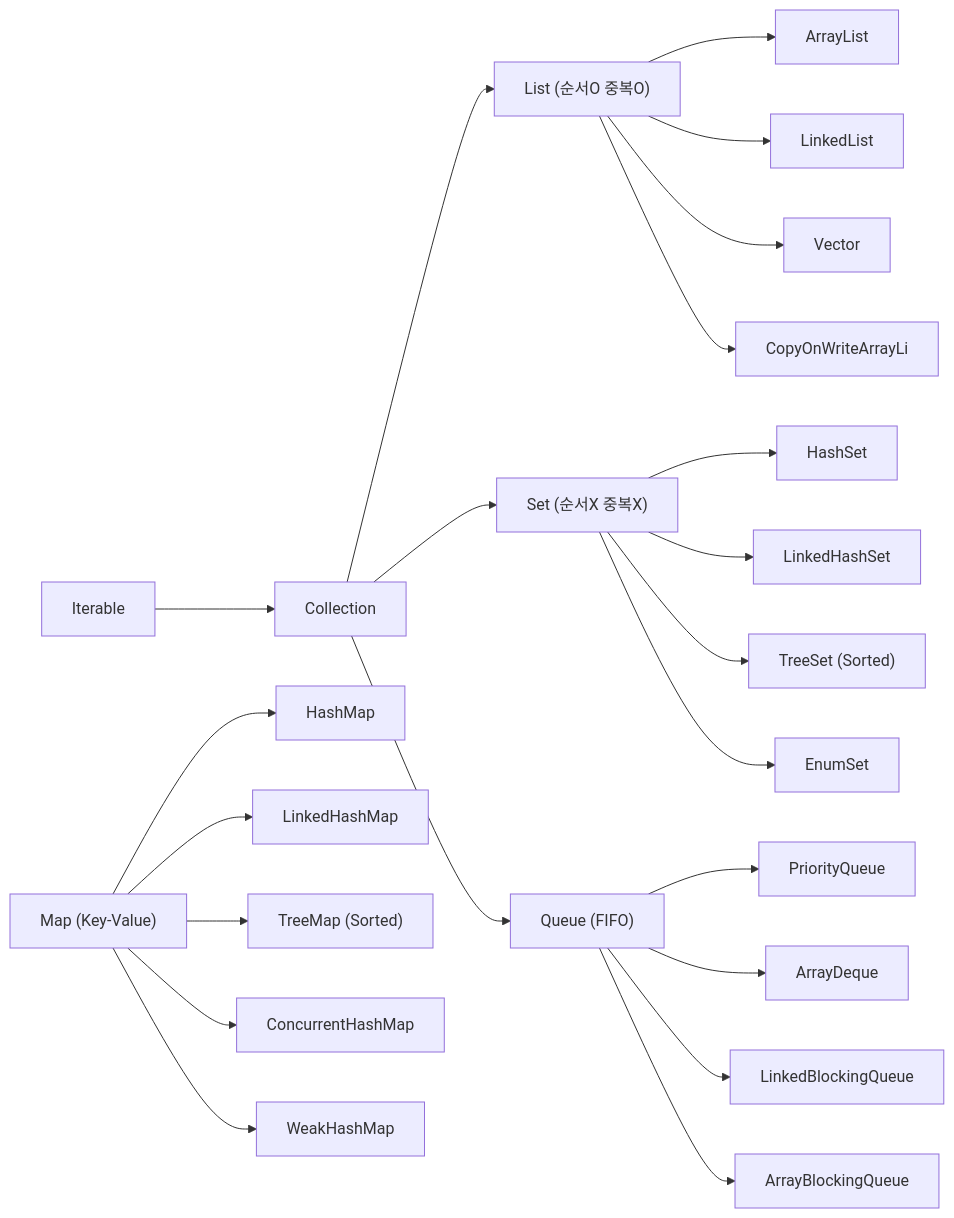
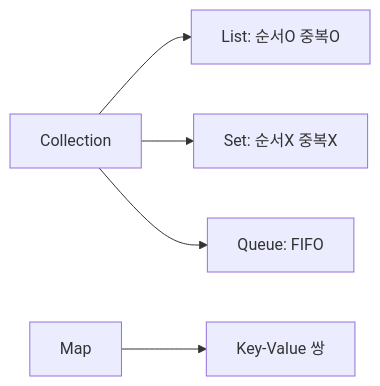
Before and after one commit to yjkim2015/yjkim2015.github.io: the first of 21 diagrams in _posts/java/2026-05-01-java-collections.md, drawn with Mermaid. The commit also changed other lines of this file and 163 other files, not shown here.

First line of the commit message:
Mermaid 300개 블록 내용 축소: 5노드 5엣지 이하, 의미 있는 약어

````diff
--- a/_posts/java/2026-05-01-java-collections.md
+++ b/_posts/java/2026-05-01-java-collections.md
@@ -22,11 +22,7 @@
 ```mermaid
 graph LR
-    Iterable --> Collection
-    Collection --> List["List (순서O 중복O)"]
-    Collection --> Set["Set (순서X 중복X)"]
-    Collection --> Queue["Queue (FIFO)"]
-    List --> ArrayList & LinkedList & Vector & COWAL["CopyOnWriteArrayLi"]
-    Set --> HashSet & LinkedHashSet & TreeSet["TreeSet (Sorted)"] & EnumSet
-    Queue --> PriorityQueue & ArrayDeque & LinkedBlockingQueue & ArrayBlockingQueue
-    Map["Map (Key-Value)"] --> HashMap & LinkedHashMap & TreeMap["TreeMap (Sorted)"] & ConcurrentHashMap & WeakHashMap
+    COL["Collection"] --> LIST["List: 순서O 중복O"]
+    COL --> SET["Set: 순서X 중복X"]
+    COL --> QUEUE["Queue: FIFO"]
+    MAP["Map"] --> KV["Key-Value 쌍"]
 ```
````
